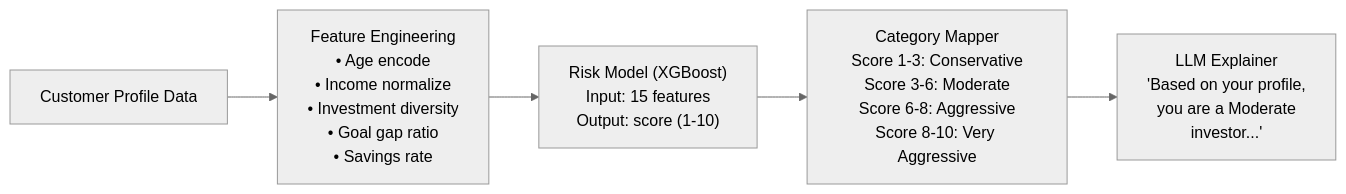
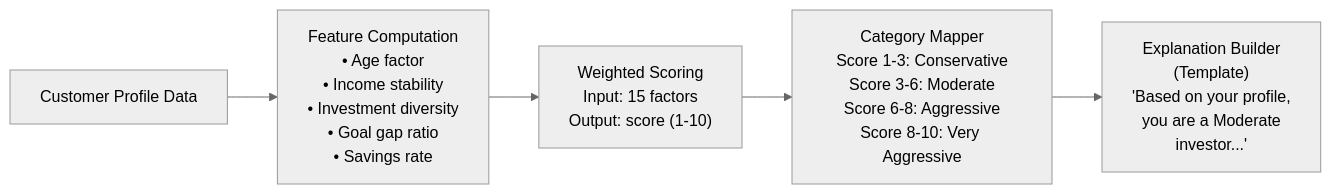
Before and after one commit to Cognition-Partner-Workshops/uc-framework-upgrade-monolith-to-microservices: diagram 11 of 14 in docs/design/02-high-level-design.md, drawn with Mermaid (neutral theme). The commit also changed other lines of this file and 4 other files, not shown here.

````diff
--- a/docs/design/02-high-level-design.md
+++ b/docs/design/02-high-level-design.md
@@ -449,13 +439,13 @@
 ```mermaid
 flowchart LR
     INPUT2["Customer Profile Data"]
-    FE["Feature Engineering<br/>• Age encode<br/>• Income normalize<br/>• Investment diversity<br/>• Goal gap ratio<br/>• Savings rate"]
-    MODEL["Risk Model (XGBoost)<br/>Input: 15 features<br/>Output: score (1-10)"]
+    FE["Feature Computation<br/>• Age factor<br/>• Income stability<br/>• Investment diversity<br/>• Goal gap ratio<br/>• Savings rate"]
+    MODEL["Weighted Scoring<br/>Input: 15 factors<br/>Output: score (1-10)"]
     CAT["Category Mapper<br/>Score 1-3: Conservative<br/>Score 3-6: Moderate<br/>Score 6-8: Aggressive<br/>Score 8-10: Very Aggressive"]
-    EXP["LLM Explainer<br/>'Based on your profile,<br/>you are a Moderate<br/>investor...'"]
+    EXP["Explanation Builder<br/>(Template)<br/>'Based on your profile,<br/>you are a Moderate<br/>investor...'"]
 
     INPUT2 --> FE
     FE --> MODEL
     MODEL --> CAT
     CAT --> EXP
 ```
````
